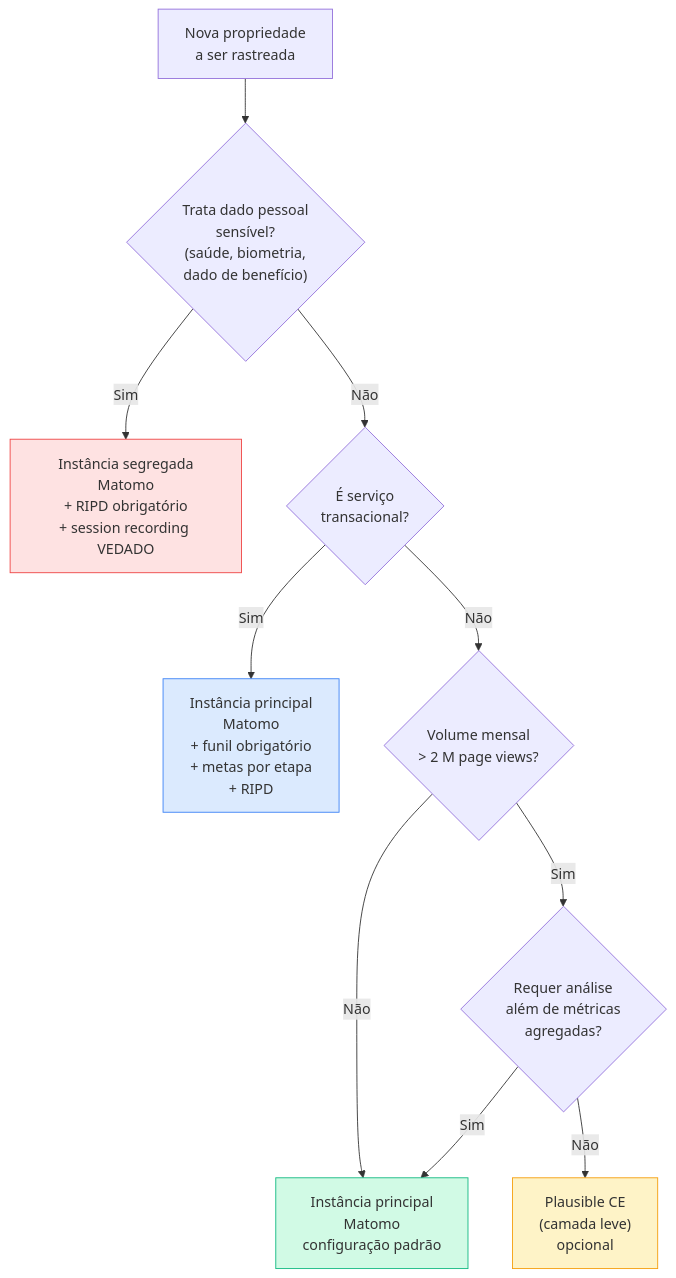
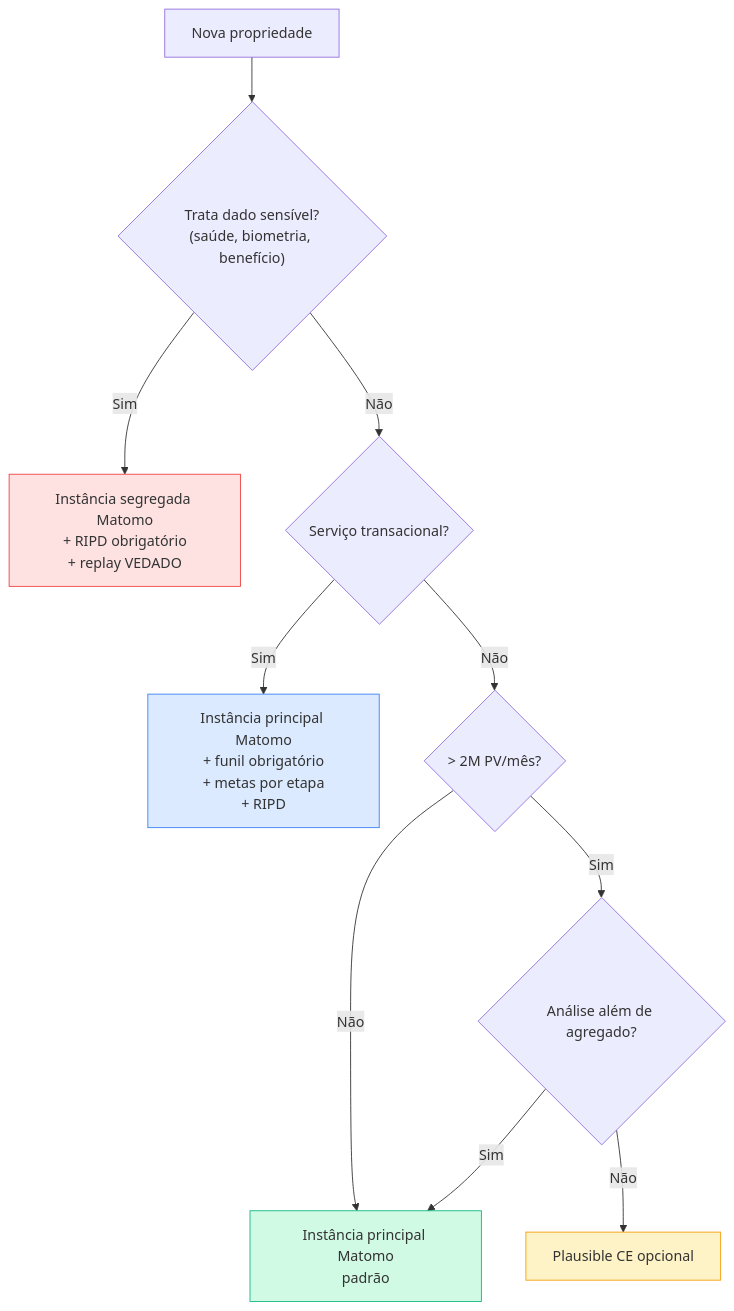
Before and after one commit to fabioramos-02/tradeoff-analytics: the third of 3 diagrams in docs/07-recomendacao.md, drawn with Mermaid. The commit also changed other lines of this file and 23 other files, not shown here.

Commit message:
feat: establish analytics architecture documentation including ADR-002 and supporting comparative studies

````diff
--- a/docs/07-recomendacao.md
+++ b/docs/07-recomendacao.md
@@ -544,20 +388,17 @@
 ```mermaid
 flowchart TD
-    A["Nova propriedade<br/>a ser rastreada"] --> B{"Trata dado pessoal<br/>sensível?<br/>(saúde, biometria,<br/>dado de benefício)"}
-    B -->|Sim| C["Instância segregada<br/>Matomo<br/>+ RIPD obrigatório<br/>+ session recording VEDADO"]
-    B -->|Não| D{"É serviço<br/>transacional?"}
-
-    D -->|Sim| E["Instância principal<br/>Matomo<br/>+ funil obrigatório<br/>+ metas por etapa<br/>+ RIPD"]
-    D -->|Não| F{"Volume mensal<br/>> 2 M page views?"}
-
-    F -->|Sim| G{"Requer análise<br/>além de métricas<br/>agregadas?"}
-    F -->|Não| H["Instância principal<br/>Matomo<br/>configuração padrão"]
-
+    A["Nova propriedade"] --> B{"Trata dado sensível?<br/>(saúde, biometria, benefício)"}
+    B -->|Sim| C["Instância segregada Matomo<br/>+ RIPD obrigatório<br/>+ replay VEDADO"]
+    B -->|Não| D{"Serviço transacional?"}
+    D -->|Sim| E["Instância principal Matomo<br/>+ funil obrigatório<br/>+ metas por etapa<br/>+ RIPD"]
+    D -->|Não| F{"> 2M PV/mês?"}
+    F -->|Sim| G{"Análise além de agregado?"}
+    F -->|Não| H["Instância principal Matomo<br/>padrão"]
     G -->|Sim| H
-    G -->|Não| I["Plausible CE<br/>(camada leve)<br/>opcional"]
+    G -->|Não| I["Plausible CE opcional"]
 
     style C fill:#fee2e2,stroke:#ef4444
     style E fill:#dbeafe,stroke:#3b82f6
     style H fill:#d1fae5,stroke:#10b981
     style I fill:#fef3c7,stroke:#f59e0b
 ```
````
